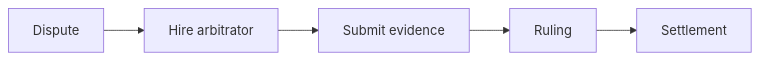
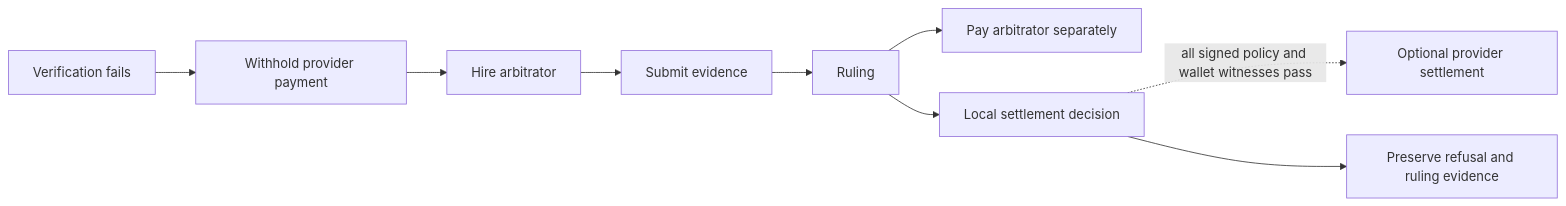
One commit to 0xgleb/agentopoly changed the second of 2 diagrams in README.md. Above: the diagram before and after it, drawn with Mermaid. The commit also changed other lines of this file and 12 other files, not shown here.

````diff
--- a/README.md
+++ b/README.md
@@ -12,4 +12,8 @@
 ```mermaid
 flowchart LR
-  Dispute --> HireArbitrator["Hire arbitrator"] --> SubmitEvidence["Submit evidence"] --> Ruling --> Settlement
+  FailedVerification["Verification fails"] --> Withhold["Withhold provider payment"] --> HireArbitrator["Hire arbitrator"] --> SubmitEvidence["Submit evidence"] --> Ruling
+  Ruling --> PayArbitrator["Pay arbitrator separately"]
+  Ruling --> LocalDecision["Local settlement decision"]
+  LocalDecision -. "all signed policy and wallet witnesses pass" .-> ProviderSettlement["Optional provider settlement"]
+  LocalDecision --> PreserveRefusal["Preserve refusal and ruling evidence"]
 ```
````
